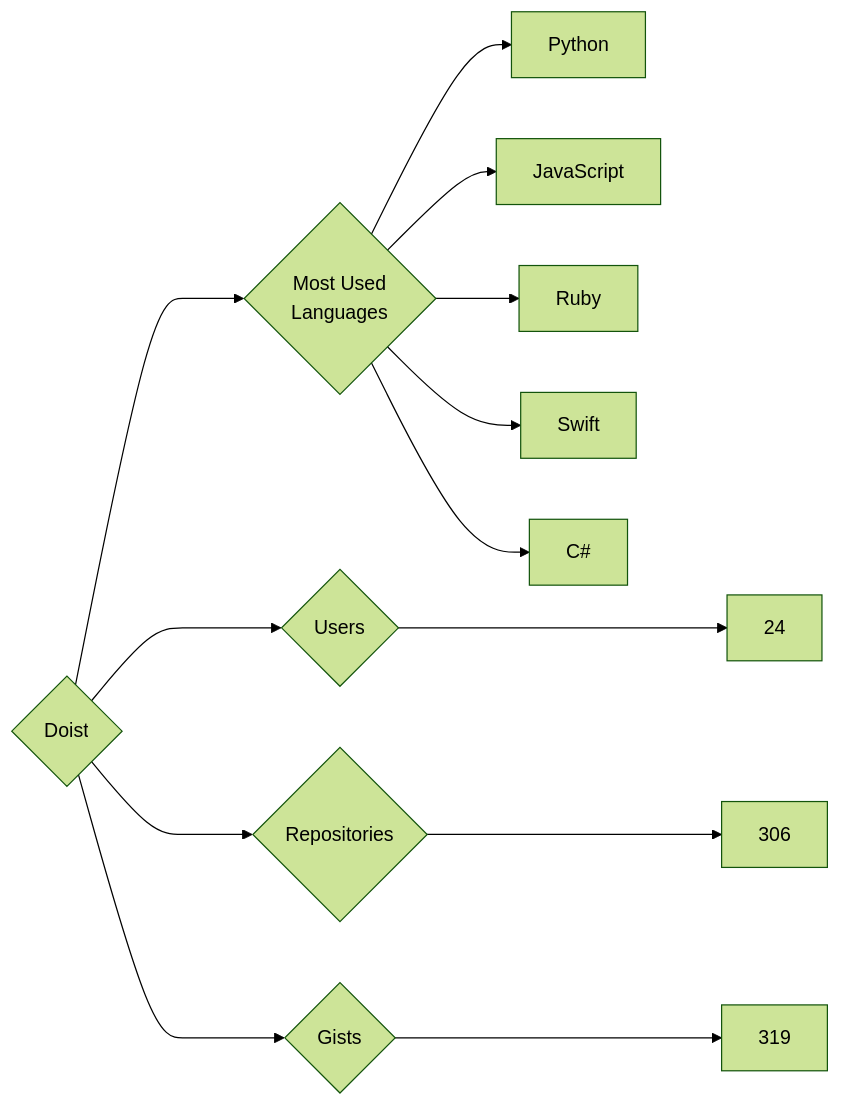
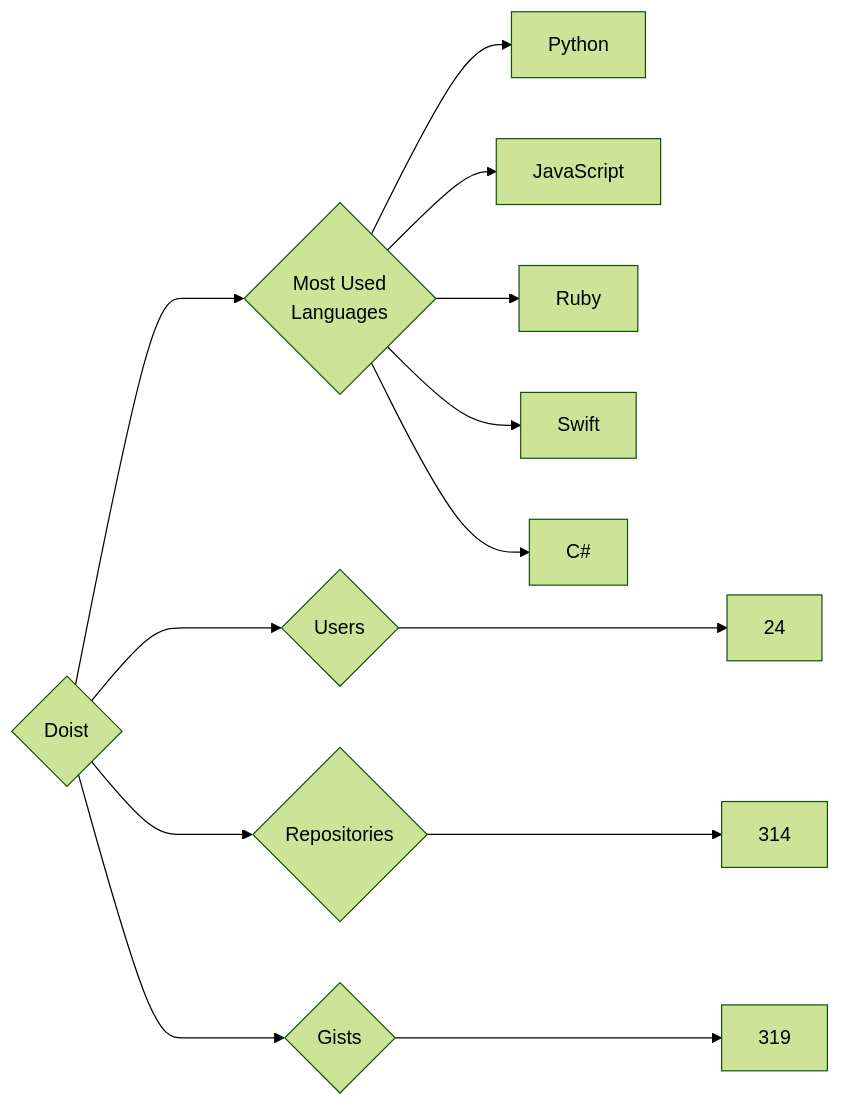
Before and after one commit to trickest/insiders: the diagram in targets/Doist/README.md, drawn with Mermaid (forest theme). The commit also changed 891 other files, not shown here.

````diff
--- a/targets/Doist/README.md
+++ b/targets/Doist/README.md
@@ -3,13 +3,13 @@
 ```mermaid
 graph LR
 COMPANY_NAME{Doist}
 COMPANY_NAME ---> U{Users} ---> UN[24]
-COMPANY_NAME ---> R{Repositories} ---> RN[306]
+COMPANY_NAME ---> R{Repositories} ---> RN[314]
 COMPANY_NAME ---> G{Gists} ---> GN[319]
 COMPANY_NAME ---> ML{Most Used<br>Languages}
 ML --> Python[Python]
 ML --> JavaScript[JavaScript]
 ML --> Ruby[Ruby]
 ML --> Swift[Swift]
 ML --> C#[C#]
 ```
````
